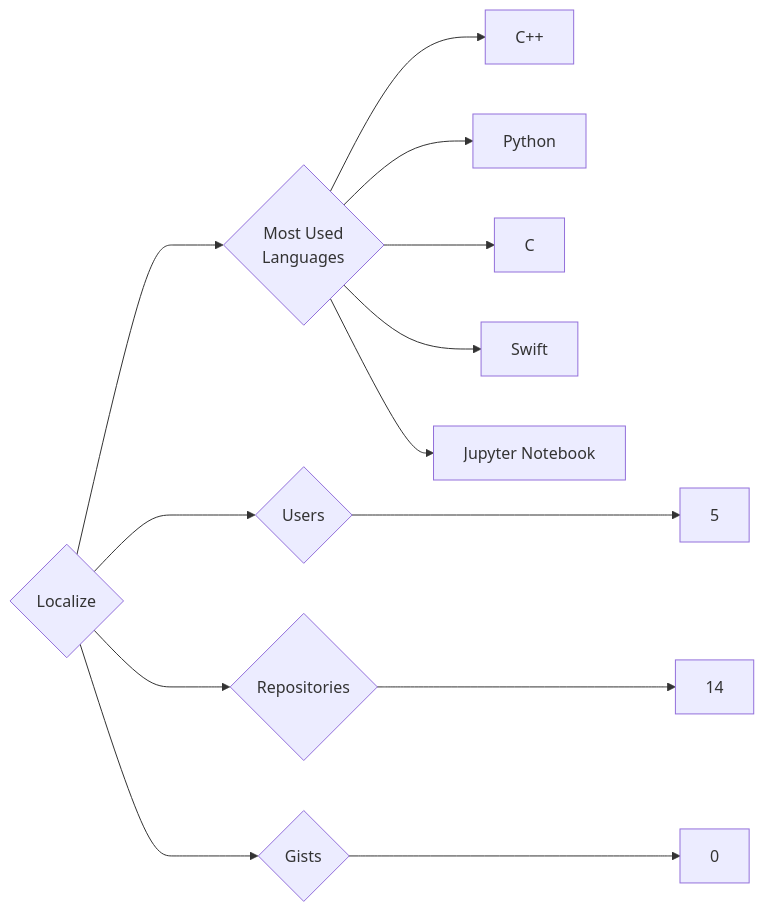
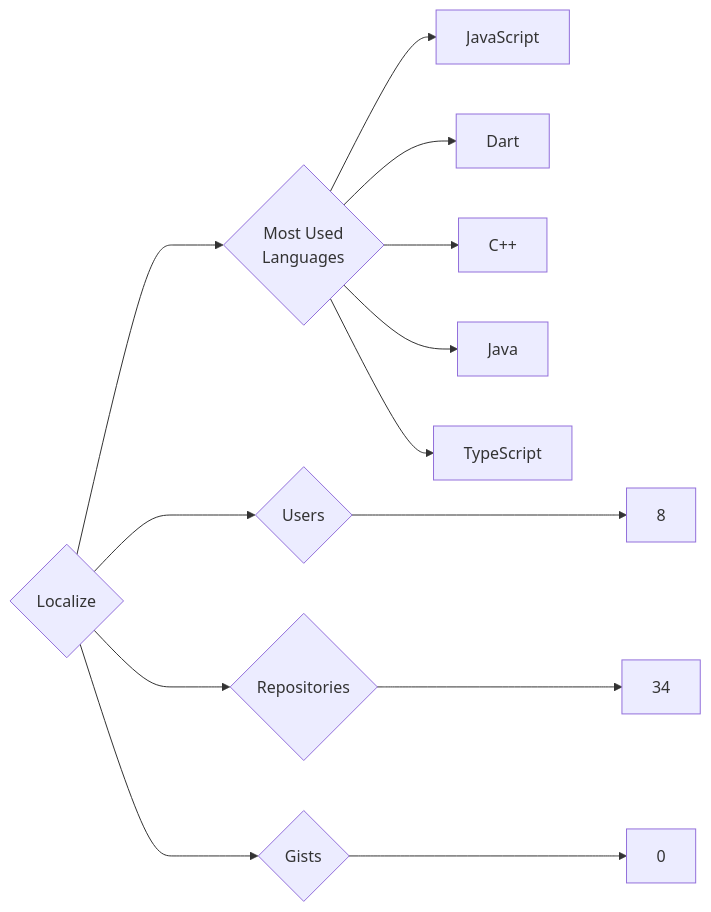
The diagram in targets/Localize/README.md (trickest/insiders), drawn with Mermaid before and after one commit. The commit also changed 888 other files, not shown here.

````diff
--- a/targets/Localize/README.md
+++ b/targets/Localize/README.md
@@ -3,13 +3,13 @@
 ```mermaid
 graph LR
 COMPANY_NAME{Localize}
-COMPANY_NAME ---> U{Users} ---> UN[5]
-COMPANY_NAME ---> R{Repositories} ---> RN[14]
+COMPANY_NAME ---> U{Users} ---> UN[8]
+COMPANY_NAME ---> R{Repositories} ---> RN[34]
 COMPANY_NAME ---> G{Gists} ---> GN[0]
 COMPANY_NAME ---> ML{Most Used<br>Languages}
+ML --> JavaScript[JavaScript]
+ML --> Dart[Dart]
 ML --> C++[C++]
-ML --> Python[Python]
-ML --> C[C]
-ML --> Swift[Swift]
-ML --> Jupyter_Notebook[Jupyter Notebook]
+ML --> Java[Java]
+ML --> TypeScript[TypeScript]
 ```
````
